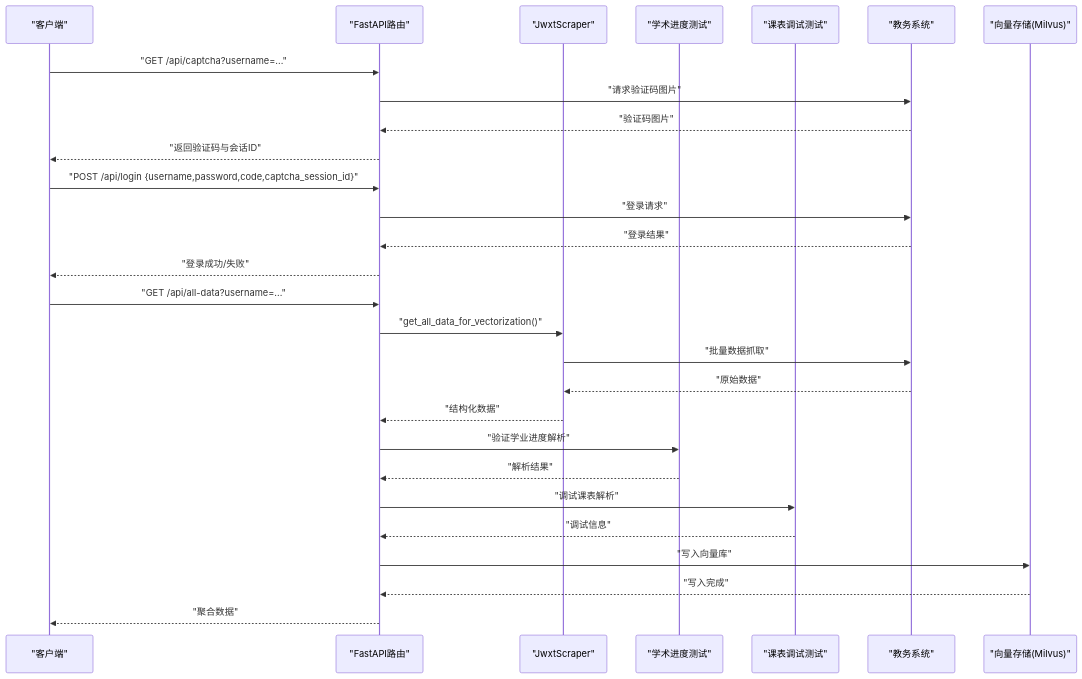
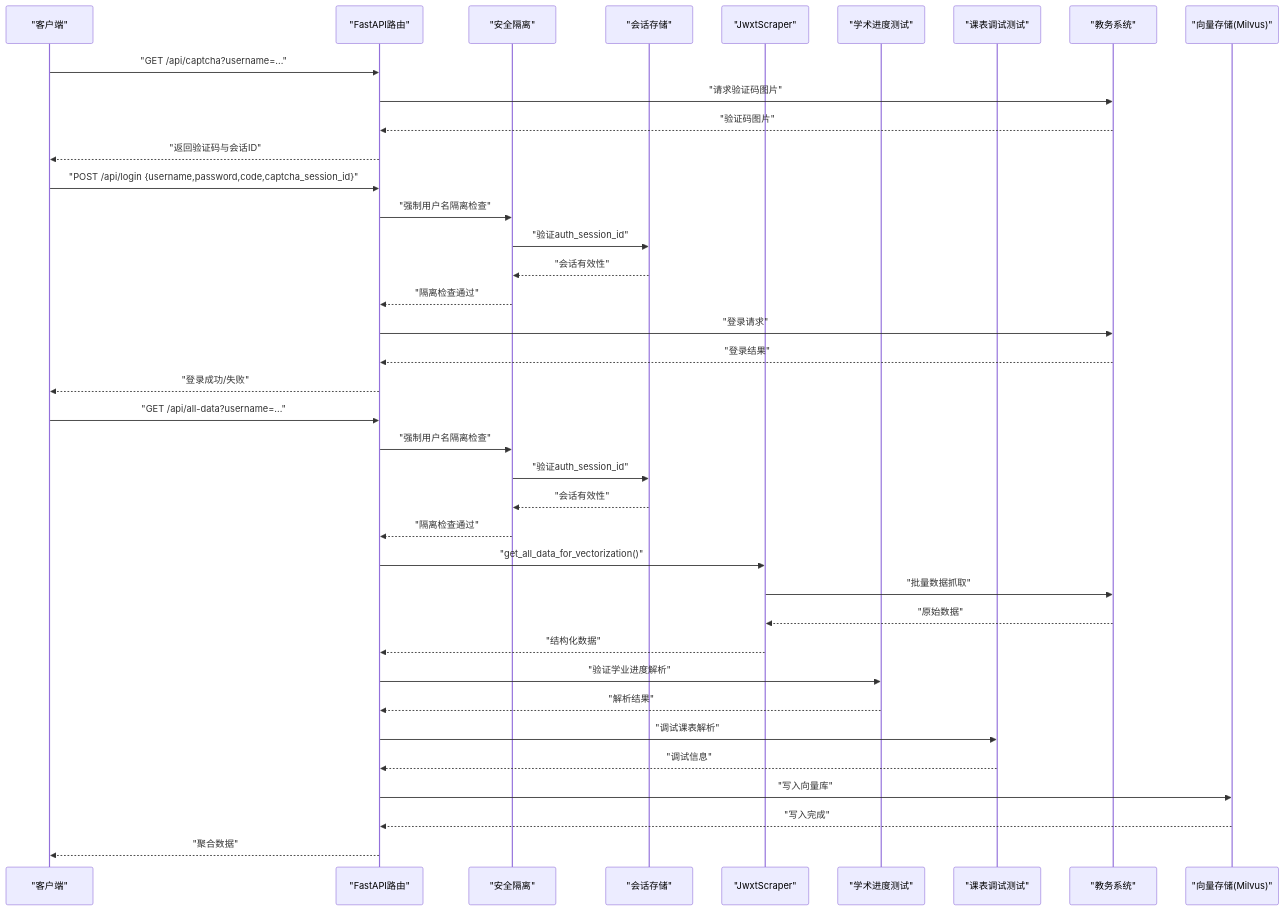
The second of 3 diagrams in .qoder/repowiki/zh/content/开发指南/测试策略/测试策略.md (ghbbn053-ship-itsoulddog/soulddog), drawn with Mermaid before and after one commit. The commit also changed other lines of this file and 119 other files, not shown here.

````diff
--- a/.qoder/repowiki/zh/content/开发指南/测试策略/测试策略.md
+++ b/.qoder/repowiki/zh/content/开发指南/测试策略/测试策略.md
@@ -123,30 +144,40 @@
 ```mermaid
 sequenceDiagram
 participant Client as "客户端"
 participant API as "FastAPI路由"
+participant Security as "安全隔离"
+participant SessionStore as "会话存储"
 participant Scraper as "JwxtScraper"
 participant AcademicTest as "学术进度测试"
 participant ScheduleDebug as "课表调试测试"
 participant Edu as "教务系统"
 participant Store as "向量存储(Milvus)"
 Client->>API : "GET /api/captcha?username=..."
 API->>Edu : "请求验证码图片"
 Edu-->>API : "验证码图片"
 API-->>Client : "返回验证码与会话ID"
 Client->>API : "POST /api/login {username,password,code,captcha_session_id}"
+API->>Security : "强制用户名隔离检查"
+Security->>SessionStore : "验证auth_session_id"
+SessionStore-->>Security : "会话有效性"
+Security-->>API : "隔离检查通过"
 API->>Edu : "登录请求"
 Edu-->>API : "登录结果"
 API-->>Client : "登录成功/失败"
 Client->>API : "GET /api/all-data?username=..."
+API->>Security : "强制用户名隔离检查"
+Security->>SessionStore : "验证auth_session_id"
+SessionStore-->>Security : "会话有效性"
+Security-->>API : "隔离检查通过"
 API->>Scraper : "get_all_data_for_vectorization()"
 Scraper->>Edu : "批量数据抓取"
 Edu-->>Scraper : "原始数据"
 Scraper-->>API : "结构化数据"
 API->>AcademicTest : "验证学业进度解析"
 AcademicTest-->>API : "解析结果"
 API->>ScheduleDebug : "调试课表解析"
 ScheduleDebug-->>API : "调试信息"
 API->>Store : "写入向量库"
 Store-->>API : "写入完成"
 API-->>Client : "聚合数据"
 ```
````
